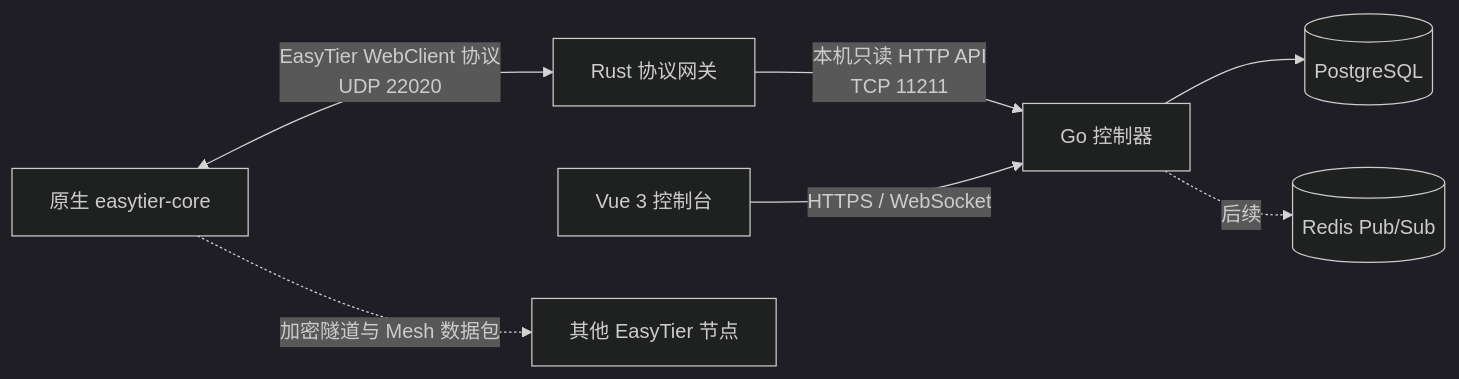
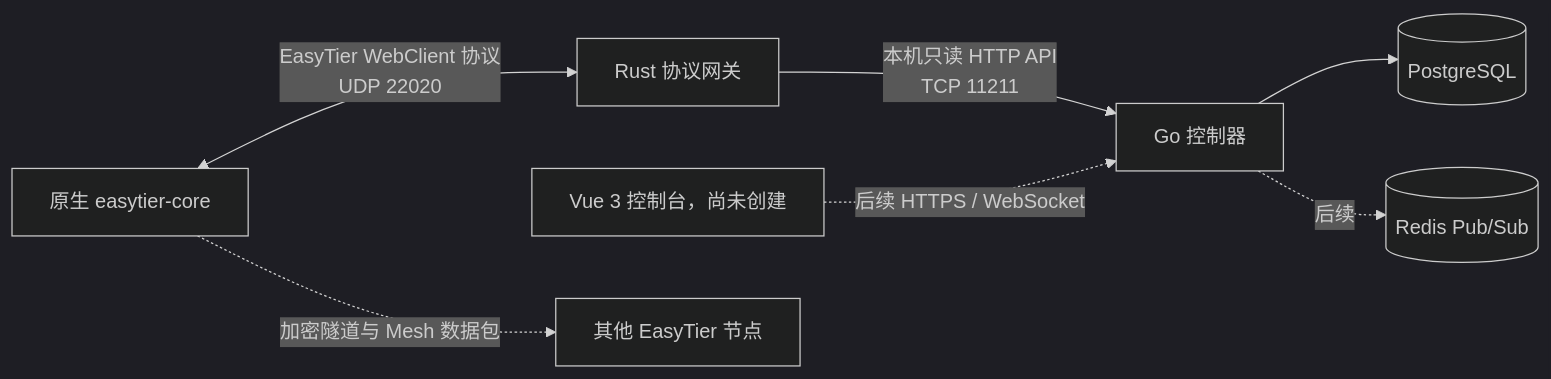
One commit to WuYouOwO/NexusTier changed the diagram in docs/README.md. Above: the diagram before and after it, drawn with Mermaid (dark theme). The commit also changed other lines of this file and 13 other files, not shown here.

````diff
--- a/docs/README.md
+++ b/docs/README.md
@@ -21,10 +23,10 @@
 ```mermaid
 flowchart LR
     Core[原生 easytier-core] <-->|EasyTier WebClient 协议<br/>UDP 22020| Gateway[Rust 协议网关]
     Gateway -->|本机只读 HTTP API<br/>TCP 11211| Go[Go 控制器]
     Go --> DB[(PostgreSQL)]
     Go -. 后续 .-> Redis[(Redis Pub/Sub)]
-    Web[Vue 3 控制台] -->|HTTPS / WebSocket| Go
+    Web[Vue 3 控制台，尚未创建] -. 后续 HTTPS / WebSocket .-> Go
 
     Core -. 加密隧道与 Mesh 数据包 .-> Peers[其他 EasyTier 节点]
 ```
````
